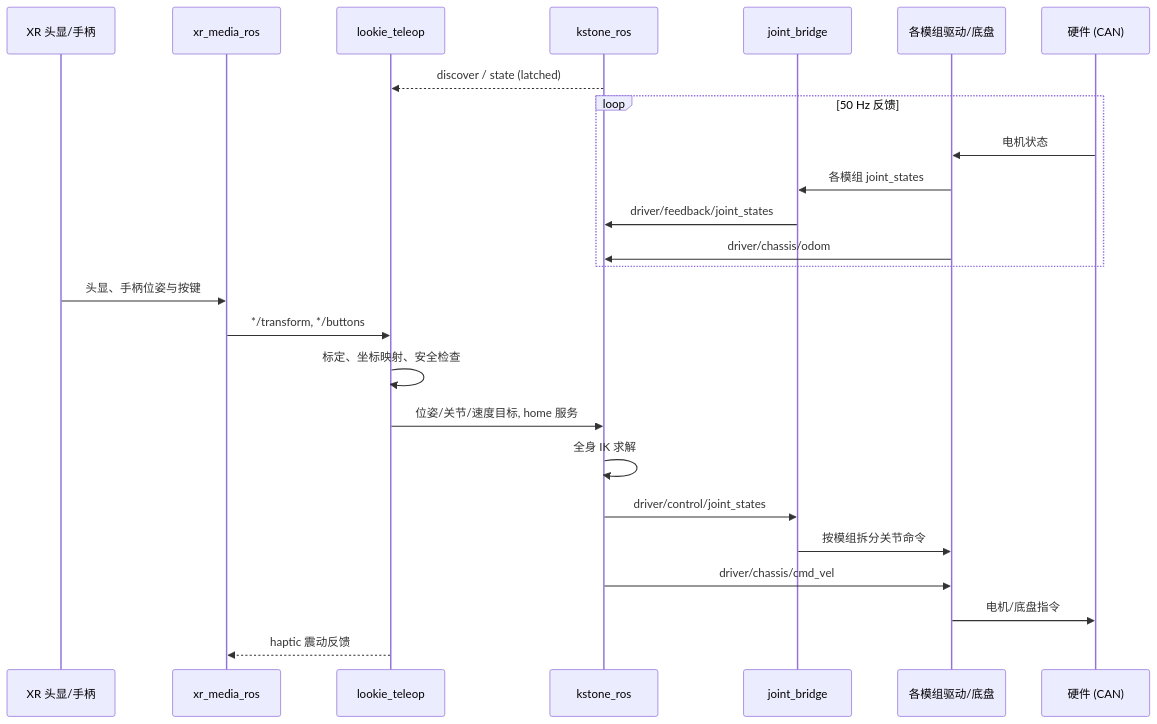
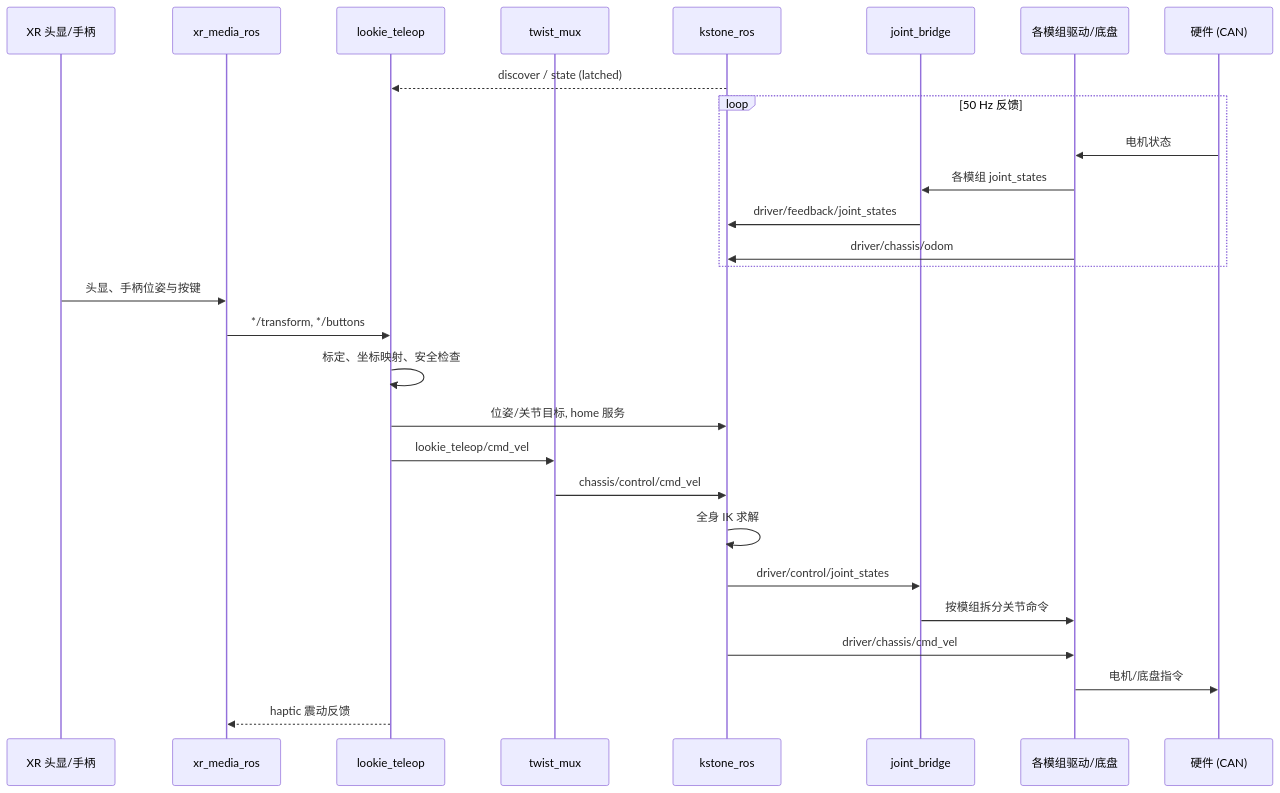
The fifth of 7 diagrams in docs/architecture.zh-CN.md (AgilexOpensource/lookie_ros), drawn with Mermaid before and after one commit. The commit also changed other lines of this file and 23 other files, not shown here.

````diff
--- a/docs/architecture.zh-CN.md
+++ b/docs/architecture.zh-CN.md
@@ -157,28 +164,31 @@
 ```mermaid
 sequenceDiagram
     participant H as XR 头显/手柄
     participant X as xr_media_ros
     participant T as lookie_teleop
+    participant M as twist_mux
     participant K as kstone_ros
     participant B as joint_bridge
     participant D as 各模组驱动/底盘
     participant HW as 硬件 (CAN)
 
     K-->>T: discover / state (latched)
     loop 50 Hz 反馈
         HW->>D: 电机状态
         D->>B: 各模组 joint_states
         B->>K: driver/feedback/joint_states
         D->>K: driver/chassis/odom
     end
     H->>X: 头显、手柄位姿与按键
     X->>T: */transform, */buttons
     T->>T: 标定、坐标映射、安全检查
-    T->>K: 位姿/关节/速度目标, home 服务
+    T->>K: 位姿/关节目标, home 服务
+    T->>M: lookie_teleop/cmd_vel
+    M->>K: chassis/control/cmd_vel
     K->>K: 全身 IK 求解
     K->>B: driver/control/joint_states
     B->>D: 按模组拆分关节命令
     K->>D: driver/chassis/cmd_vel
     D->>HW: 电机/底盘指令
     T-->>X: haptic 震动反馈
 ```
````
